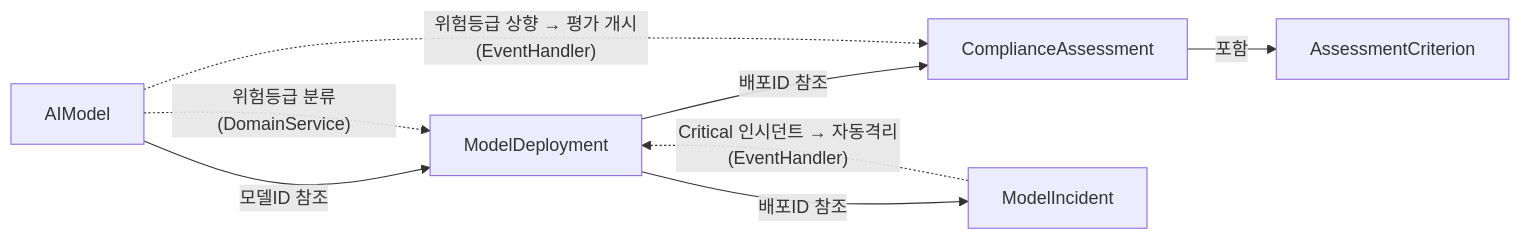
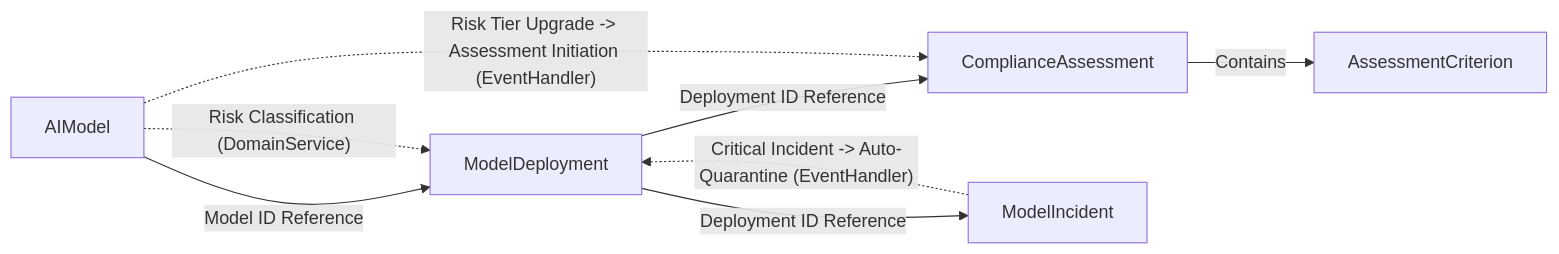
The diagram in Docs.Site/src/content/docs/samples/ai-model-governance/index.md (hhko/Functorium), drawn with Mermaid before and after one commit. The commit also changed other lines of this file and 31 other files, not shown here.

````diff
--- a/Docs.Site/src/content/docs/samples/ai-model-governance/index.md
+++ b/Docs.Site/src/content/docs/samples/ai-model-governance/index.md
@@ -168,10 +168,10 @@
 ```mermaid
 graph LR
-    AIModel -->|"모델ID 참조"| ModelDeployment
-    ModelDeployment -->|"배포ID 참조"| ComplianceAssessment
-    ComplianceAssessment -->|"포함"| AssessmentCriterion
-    ModelDeployment -->|"배포ID 참조"| ModelIncident
-    AIModel -.->|"위험등급 분류(DomainService)"| ModelDeployment
-    ModelIncident -.->|"Critical 인시던트 → 자동격리(EventHandler)"| ModelDeployment
-    AIModel -.->|"위험등급 상향 → 평가 개시(EventHandler)"| ComplianceAssessment
+    AIModel -->|"Model ID Reference"| ModelDeployment
+    ModelDeployment -->|"Deployment ID Reference"| ComplianceAssessment
+    ComplianceAssessment -->|"Contains"| AssessmentCriterion
+    ModelDeployment -->|"Deployment ID Reference"| ModelIncident
+    AIModel -.->|"Risk Classification (DomainService)"| ModelDeployment
+    ModelIncident -.->|"Critical Incident -> Auto-Quarantine (EventHandler)"| ModelDeployment
+    AIModel -.->|"Risk Tier Upgrade -> Assessment Initiation (EventHandler)"| ComplianceAssessment
 ```
````
